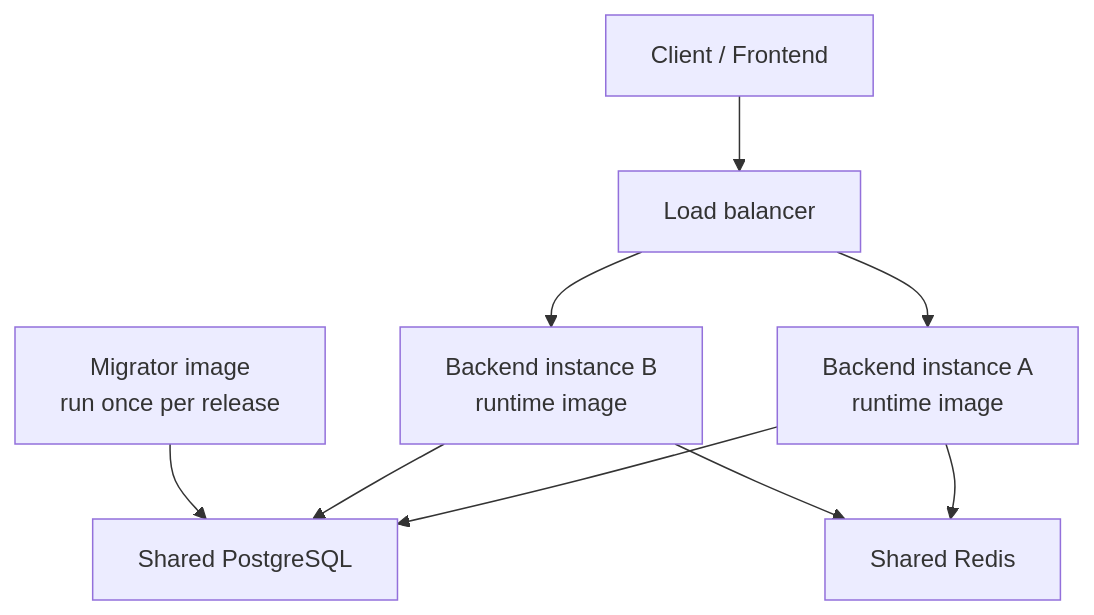
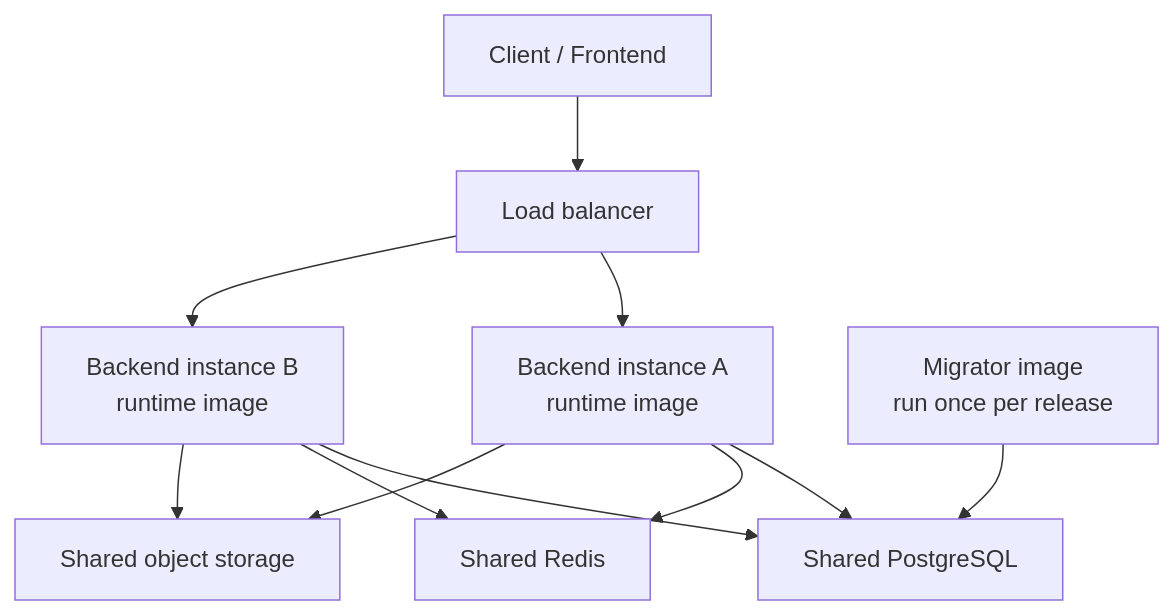
The second of 7 diagrams in ARCHITECTURE.md (FairPlayTeam/ts-backend), drawn with Mermaid before and after one commit. The commit also changed other lines of this file and 47 other files, not shown here.

Commit message:
feat(auth): add avatar upload with object storage

````diff
--- a/ARCHITECTURE.md
+++ b/ARCHITECTURE.md
@@ -46,14 +48,16 @@
 ```mermaid
 flowchart TD
 client["Client / Frontend"] --> proxy["Load balancer"]
 proxy --> apiA["Backend instance A<br/>runtime image"]
 proxy --> apiB["Backend instance B<br/>runtime image"]
 
 apiA --> db["Shared PostgreSQL"]
 apiB --> db
 
 apiA --> redis["Shared Redis"]
 apiB --> redis
+apiA --> objectStore["Shared object storage"]
+apiB --> objectStore
 
 migrator["Migrator image<br/>run once per release"] --> db
 ```
````
